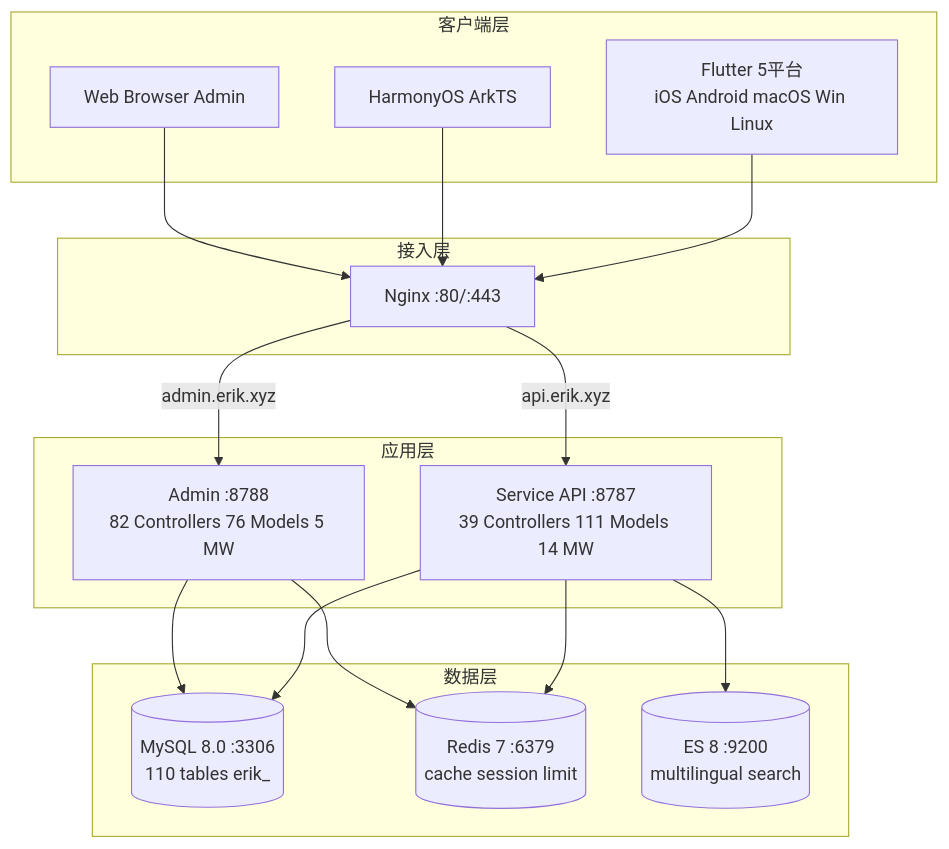
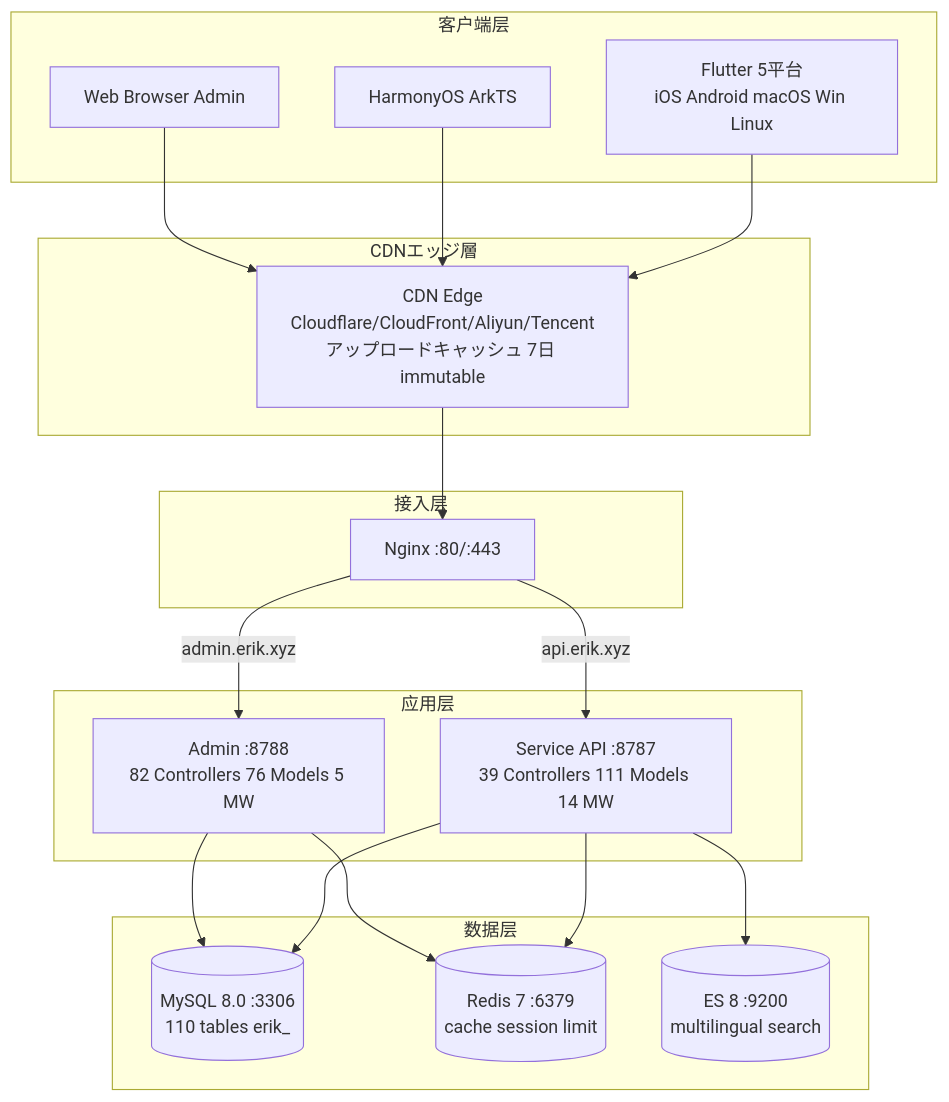
One commit to erikwang2013/erik-shop changed the first of 6 diagrams in docs/i18n/ja/architecture-full.md. Above: the diagram before and after it, drawn with Mermaid. The commit also changed other lines of this file and 191 other files, not shown here.

First line of the commit message:
v1.2.0：CDN 内容分发接入（Origin-Pull 回源 + 四大云厂商适配 + 管理端配置/刷新/日志 + 上传持久化 + 全文档与12语言i18n同步 + Crypto 捐赠图文入库）

````diff
--- a/docs/i18n/ja/architecture-full.md
+++ b/docs/i18n/ja/architecture-full.md
@@ -38,30 +38,34 @@
 ```mermaid
 graph TD
     subgraph Clients[客户端层]
         F[Flutter 5平台<br/>iOS Android macOS Win Linux]
         H[HarmonyOS ArkTS]
         W[Web Browser Admin]
+    end
+    subgraph Edge[CDNエッジ層]
+        CDN[CDN Edge<br/>Cloudflare/CloudFront/Aliyun/Tencent<br/>アップロードキャッシュ 7日 immutable]
     end
     subgraph Gateway[接入层]
         N[Nginx :80/:443]
     end
     subgraph Apps[应用层]
         S[Service API :8787<br/>39 Controllers 111 Models 14 MW]
         A[Admin :8788<br/>82 Controllers 76 Models 5 MW]
     end
     subgraph Data[数据层]
         M[(MySQL 8.0 :3306<br/>110 tables erik_)]
         R[(Redis 7 :6379<br/>cache session limit)]
         E[(ES 8 :9200<br/>multilingual search)]
     end
-    F --> N
-    H --> N
-    W --> N
+    F --> CDN
+    H --> CDN
+    W --> CDN
+    CDN --> N
     N -->|api.erik.xyz| S
     N -->|admin.erik.xyz| A
     S --> M
     S --> R
     S --> E
     A --> M
     A --> R
 ```
````
